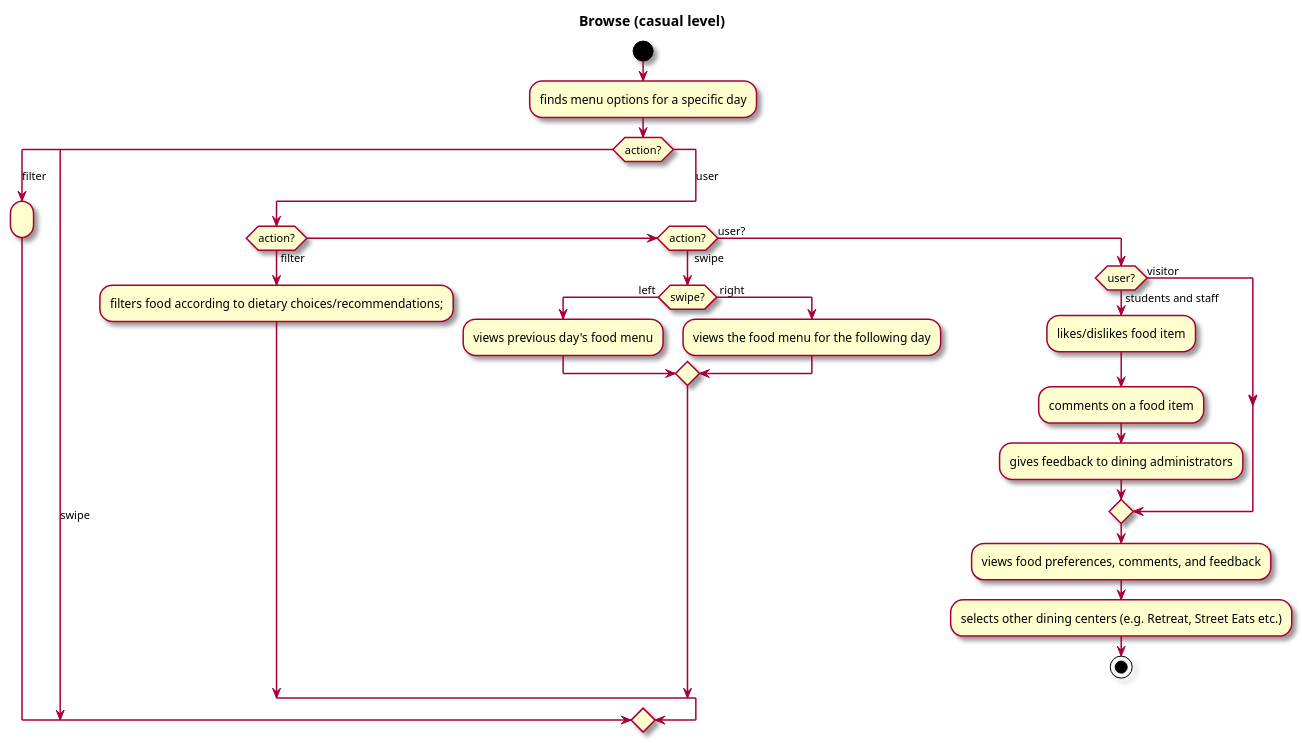
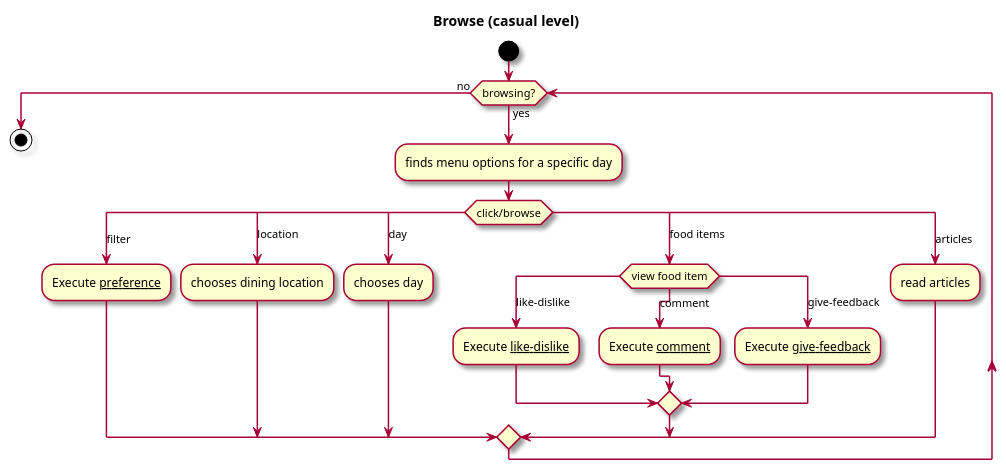
The diagram in intellij/doc/use-cases/use-case-browse.md (EzekielEkanem/team-1d), drawn with PlantUML before and after one commit. The commit also changed other lines of this file and 1 other file, not shown here.

````diff
--- a/intellij/doc/use-cases/use-case-browse.md
+++ b/intellij/doc/use-cases/use-case-browse.md
@@ -39,43 +37,40 @@
 ```plantuml
 @startuml
 
 skin rose
 
 title Browse (casual level)
 
 'define the lanes
 
 |#technology|User|
 
 |User|
 start
-:finds menu options for a specific day;
-
-switch (action?) 
-    case (filter)
-        :;
-    case (swipe)
-    case (user)
-if (action?) is (filter) then
-:filters food according to dietary choices/recommendations;;
-else if (action?) is ( swipe ) then
-  if (swipe?) is  ( left ) then
-  :views previous day's food menu;
-  else ( right ) 
-  :views the food menu for the following day;
-  endif
-else (user?)
-if (user?) is (students and staff) then
-:likes/dislikes food item;
-:comments on a food item;
-:gives feedback to dining administrators;
-else (visitor)
-endif
-
-:views food preferences, comments, and feedback;
-:selects other dining centers (e.g. Retreat, Street Eats etc.);
-
+while (browsing?) is (yes) 
+  :finds menu options for a specific day;
+  
+  switch (click/browse) 
+      case (filter)
+          :Execute __preference__;
+      case (location)
+          :chooses dining location;
+      case (day)
+          :chooses day;
+      case (food items)
+          switch (view food item)
+              case (like-dislike)
+                  :Execute __like-dislike__;
+              case (comment)
+                  :Execute __comment__;
+              case (give-feedback)
+                  :Execute __give-feedback__;
+          endswitch
+      case (articles)
+          :read articles;
+  endswitch
+endwhile (no)
 
 stop
 @enduml
 ```
````
